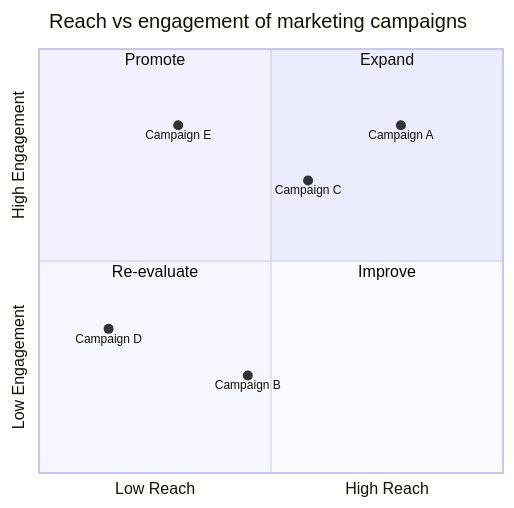
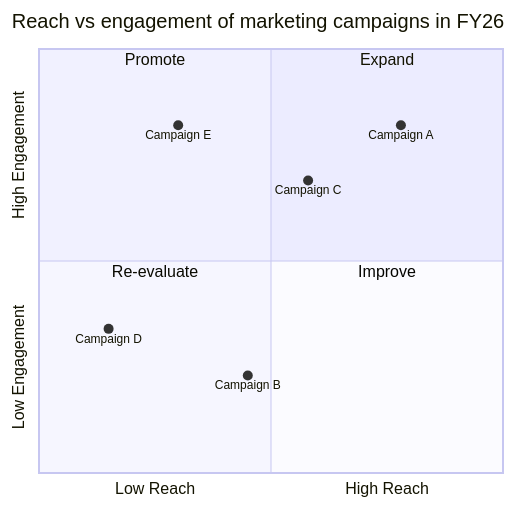
The eighth of 23 diagrams in docs/test_diagrams.md (mijowi/edamame), drawn with Mermaid before and after one commit. The commit also changed 1 other file, not shown here.

Commit message:
docs: update plan and test diagrams

````diff
--- a/docs/test_diagrams.md
+++ b/docs/test_diagrams.md
@@ -159,15 +159,15 @@
 ```mermaid
 quadrantChart
-    title Reach vs engagement of marketing campaigns
+    title Reach vs engagement of marketing campaigns in FY26
     x-axis Low Reach --> High Reach
     y-axis Low Engagement --> High Engagement
     quadrant-1 Expand
     quadrant-2 Promote
     quadrant-3 Re-evaluate
     quadrant-4 Improve
     Campaign A: [0.78, 0.82]
     Campaign B: [0.45, 0.23]
     Campaign C: [0.58, 0.69]
     Campaign D: [0.15, 0.34]
     Campaign E: [0.30, 0.82]
 ```
````
